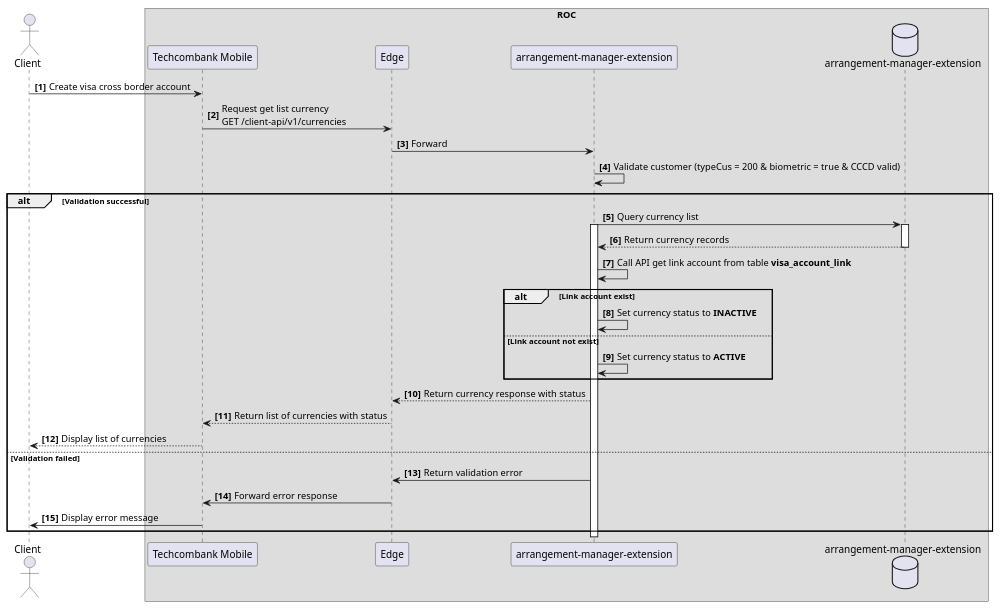
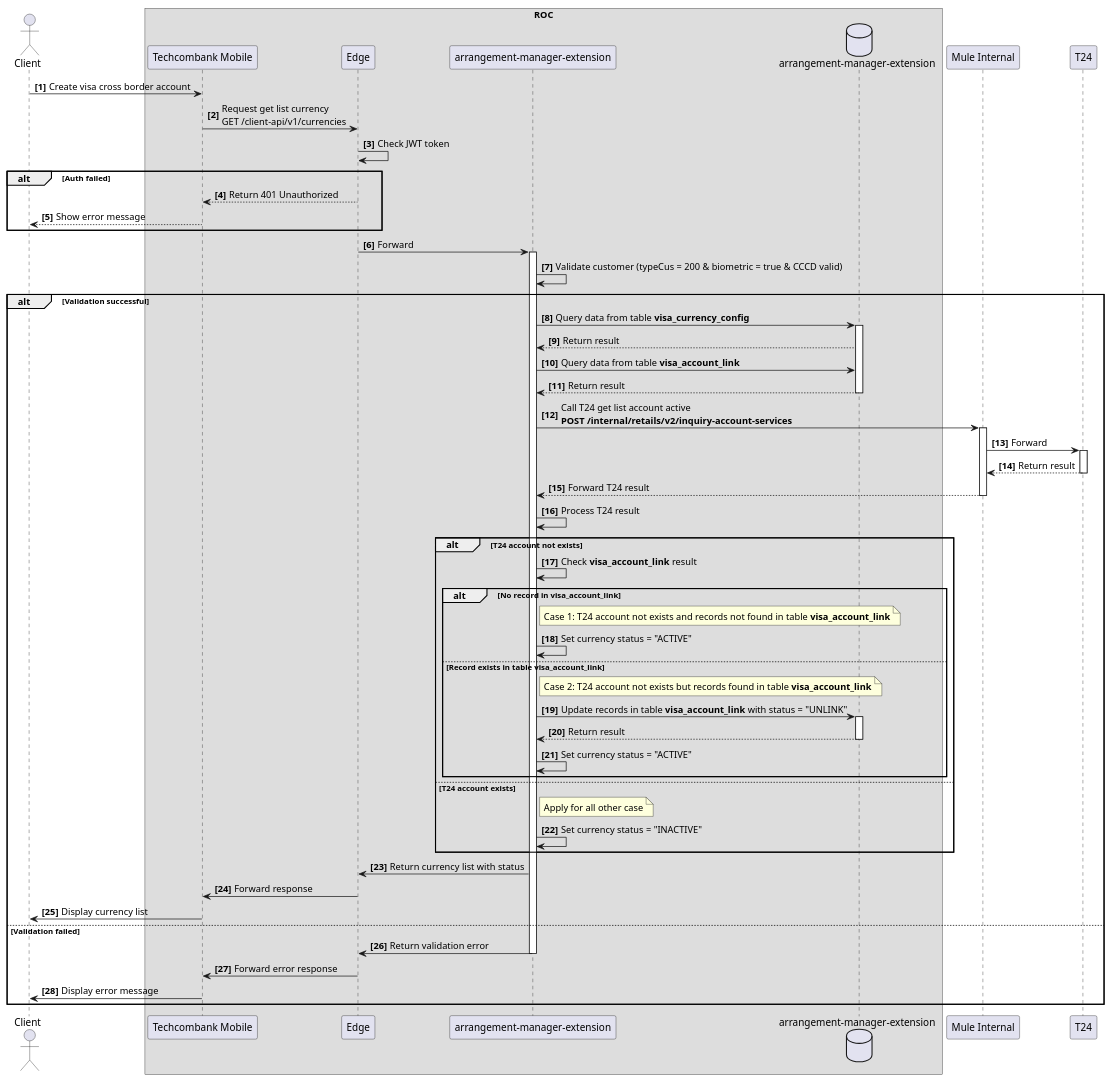
The diagram in Get List Currency.wsd (lokitechz/sequence), drawn with PlantUML before and after one commit.

Commit message:
Update Get List Currency.wsd

```diff
--- a/Get List Currency.wsd
+++ b/Get List Currency.wsd
@@ -1,37 +1,75 @@
 @startuml Get List Master Data Flow
 
 autonumber "<b>[0]"
 actor Client
 box ROC
 participant "Techcombank Mobile" as TCB
 participant "Edge" as EDGE
 participant "arrangement-manager-extension" as AME
 database "arrangement-manager-extension" as DB
 end box
+participant "Mule Internal" as MI
+participant "T24" as T24
 
 Client -> TCB: Create visa cross border account
 TCB -> EDGE: Request get list currency\nGET /client-api/v1/currencies
+EDGE -> EDGE: Check JWT token
+alt Auth failed
+    EDGE --> TCB: Return 401 Unauthorized
+    TCB --> Client: Show error message
+end
 EDGE -> AME: Forward
+activate AME
 AME -> AME: Validate customer (typeCus = 200 & biometric = true & CCCD valid)
 alt Validation successful
-    AME -> DB: Query currency list
-    activate AME
+    AME -> DB: Query data from table <b>visa_currency_config</b>
     activate DB
-    DB --> AME: Return currency records
+    DB --> AME: Return result
+    AME -> DB: Query data from table <b>visa_account_link</b>
+    DB --> AME: Return result
     deactivate DB
-    AME -> AME: Call API get link account from table <b>visa_account_link</b>
-    alt Link account exist
-        AME -> AME: Set currency status to <b>INACTIVE</b>
-    else Link account not exist
-        AME -> AME: Set currency status to <b>ACTIVE</b>
+    AME -> MI: Call T24 get list account active\n<b>POST /internal/retails/v2/inquiry-account-services</b>
+    activate MI
+    MI -> T24: Forward
+    activate T24
+    T24 --> MI: Return result
+    deactivate T24
+    MI --> AME: Forward T24 result
+    deactivate MI
+    AME -> AME: Process T24 result
+
+    alt T24 account not exists
+        AME -> AME: Check <b>visa_account_link</b> result
+        alt No record in <b>visa_account_link</b>
+            note right of AME
+            Case 1: T24 account not exists and records not found in table <b>visa_account_link</b>
+            end note
+            AME -> AME: Set currency status = "ACTIVE"
+        else Record exists in table <b>visa_account_link</b>
+            note right of AME
+            Case 2: T24 account not exists but records found in table <b>visa_account_link</b>
+            end note
+            AME -> DB: Update records in table <b>visa_account_link</b> with status = "UNLINK"
+            activate DB
+            DB --> AME: Return result
+            deactivate DB
+            AME -> AME: Set currency status = "ACTIVE"
+        end
+    else T24 account exists
+        note right of AME
+        Apply for all other case
+        end note
+        AME -> AME: Set currency status = "INACTIVE"
     end
-    AME --> EDGE: Return currency response with status
-    EDGE --> TCB: Return list of currencies with status
-    TCB --> Client: Display list of currencies
+
+    AME -> EDGE: Return currency list with status
+    EDGE -> TCB: Forward response
+    TCB -> Client: Display currency list
 else Validation failed
     AME -> EDGE: Return validation error
+    deactivate AME
     EDGE -> TCB: Forward error response
     TCB -> Client: Display error message
 end
 
 @enduml
```
